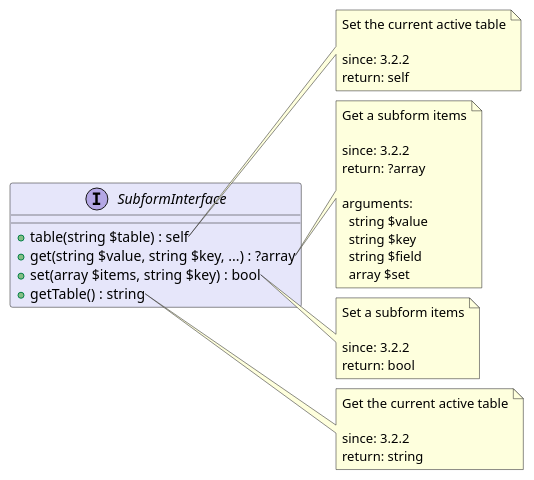
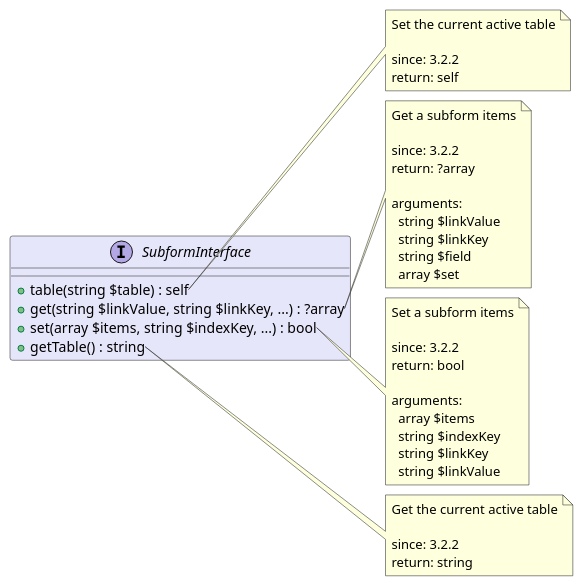
The diagram in src/34959721-415b-4b5e-8002-3d1fc84b3b2b/README.md (joomengine/super-powers), drawn with PlantUML before and after one commit. The commit also changed 12 other files, not shown here.

````diff
--- a/src/34959721-415b-4b5e-8002-3d1fc84b3b2b/README.md
+++ b/src/34959721-415b-4b5e-8002-3d1fc84b3b2b/README.md
@@ -12,45 +12,51 @@
 ```uml
 @startuml
 interface SubformInterface  #Lavender {
   + table(string $table) : self
-  + get(string $value, string $key, ...) : ?array
-  + set(array $items, string $key) : bool
+  + get(string $linkValue, string $linkKey, ...) : ?array
+  + set(array $items, string $indexKey, ...) : bool
   + getTable() : string
 }
 
 note right of SubformInterface::table
   Set the current active table
 
   since: 3.2.2
   return: self
 end note
 
 note right of SubformInterface::get
   Get a subform items
 
   since: 3.2.2
   return: ?array
   
   arguments:
-    string $value
-    string $key
+    string $linkValue
+    string $linkKey
     string $field
     array $set
 end note
 
 note right of SubformInterface::set
   Set a subform items
 
   since: 3.2.2
   return: bool
+  
+  arguments:
+    array $items
+    string $indexKey
+    string $linkKey
+    string $linkValue
 end note
 
 note right of SubformInterface::getTable
   Get the current active table
 
   since: 3.2.2
   return: string
 end note
  
 @enduml
 ```
````
